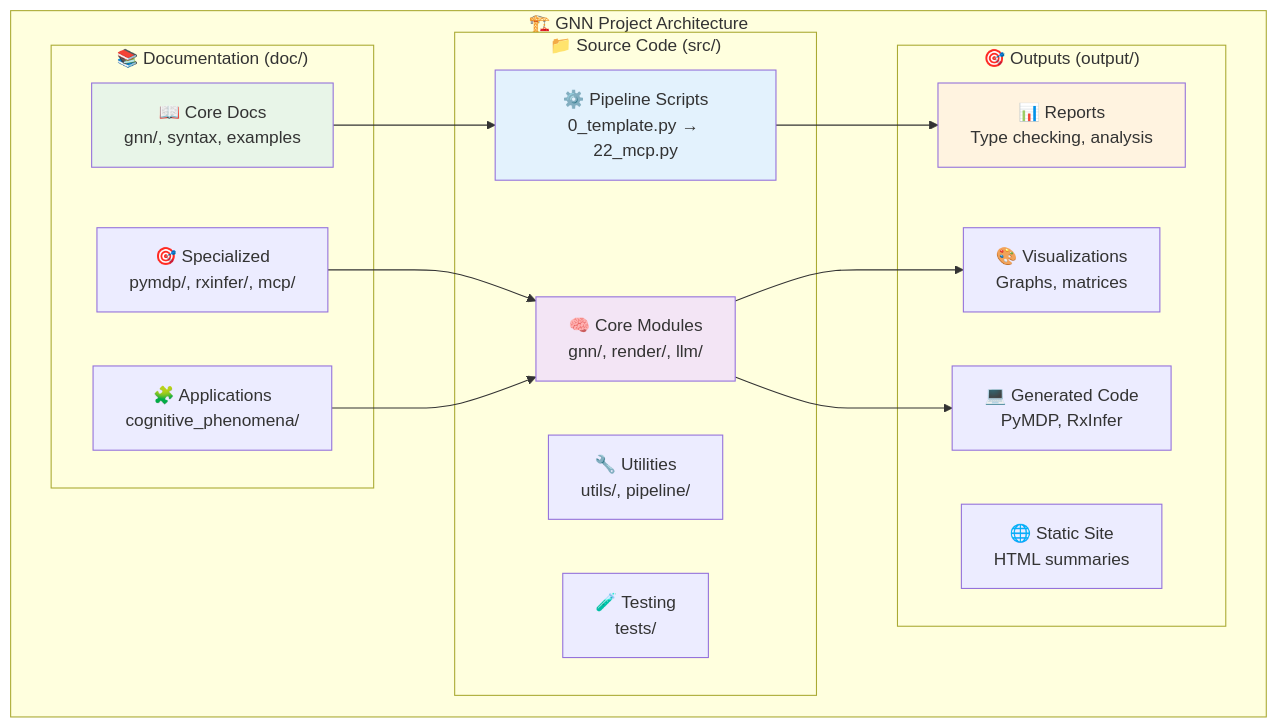
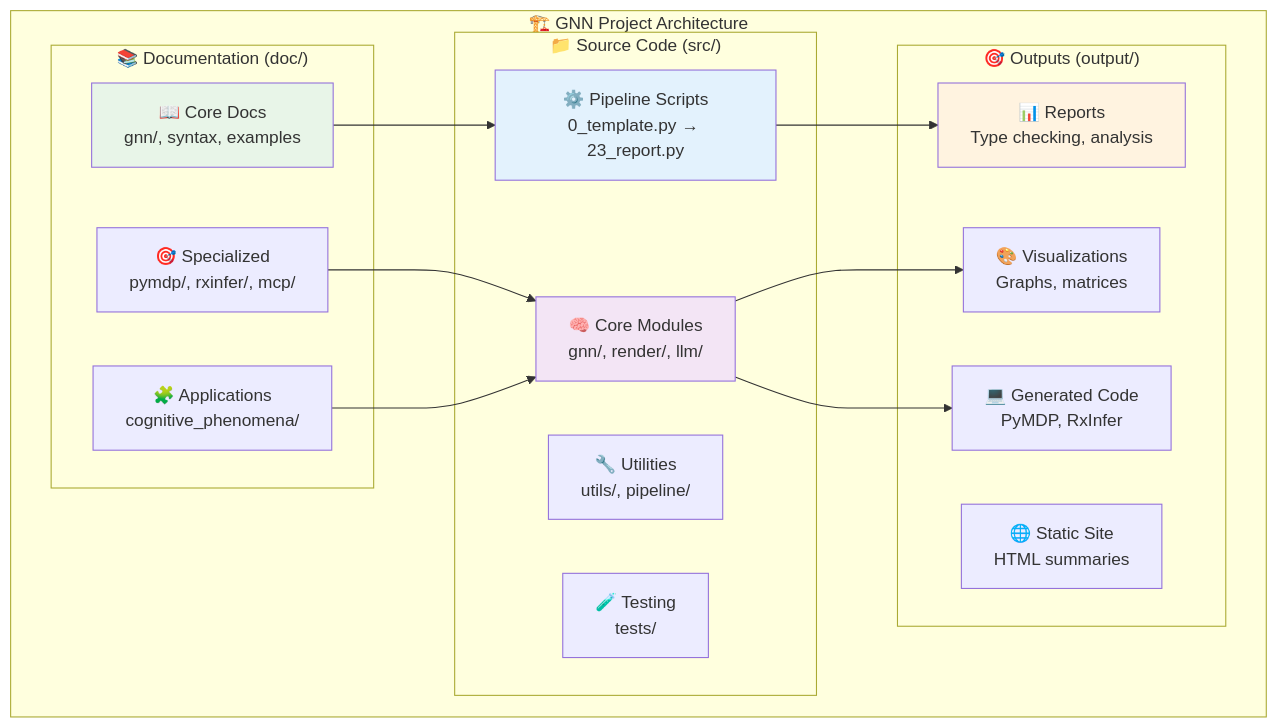
One commit to ActiveInferenceInstitute/GeneralizedNotationNotation changed the second of 4 diagrams in README.md. Above: the diagram before and after it, drawn with Mermaid. The commit also changed other lines of this file and 87 other files, not shown here.

````diff
--- a/README.md
+++ b/README.md
@@ -138,36 +138,36 @@
 ```mermaid
 graph TB
     subgraph "🏗️ GNN Project Architecture"
         subgraph "📁 Source Code (src/)"
-            A[⚙️ Pipeline Scripts<br/>0_template.py → 22_mcp.py]
+            A[⚙️ Pipeline Scripts<br/>0_template.py → 23_report.py]
             B[🧠 Core Modules<br/>gnn/, render/, llm/]
             C[🔧 Utilities<br/>utils/, pipeline/]
             D[🧪 Testing<br/>tests/]
         end
         
         subgraph "📚 Documentation (doc/)"
             E[📖 Core Docs<br/>gnn/, syntax, examples]
             F[🎯 Specialized<br/>pymdp/, rxinfer/, mcp/]
             G[🧩 Applications<br/>cognitive_phenomena/]
         end
         
         subgraph "🎯 Outputs (output/)"
             H[📊 Reports<br/>Type checking, analysis]
             I[🎨 Visualizations<br/>Graphs, matrices]
             J[💻 Generated Code<br/>PyMDP, RxInfer]
             K[🌐 Static Site<br/>HTML summaries]
         end
     end
     
     A --> H
     B --> I
     B --> J
     E --> A
     F --> B
     G --> B
     
     style A fill:#e3f2fd
     style B fill:#f3e5f5
     style E fill:#e8f5e8
     style H fill:#fff3e0
 ```
````
